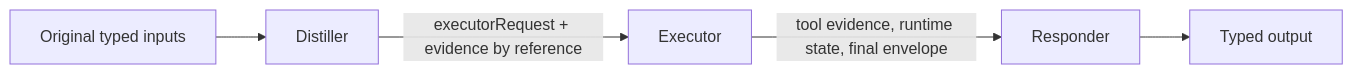
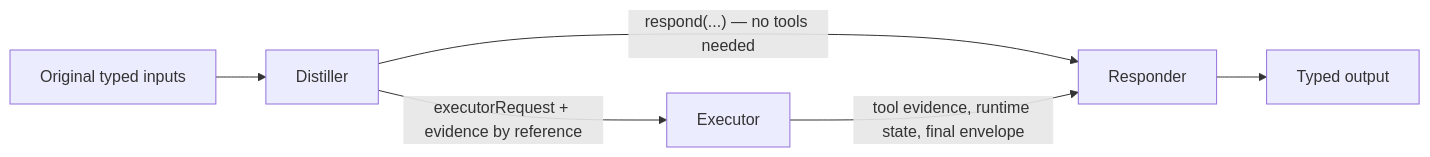
One commit to ax-llm/ax changed the diagram in website/content-src/templates/agents-overview.md. Above: the diagram before and after it, drawn with Mermaid. The commit also changed other lines of this file and 1 other file, not shown here.

````diff
--- a/website/content-src/templates/agents-overview.md
+++ b/website/content-src/templates/agents-overview.md
@@ -27,7 +27,8 @@
 ```mermaid
 flowchart LR
   A[Original typed inputs] --> B[Distiller]
   B -->|executorRequest + evidence by reference| C[Executor]
+  B -->|"respond(...) — no tools needed"| D
   C -->|tool evidence, runtime state, final envelope| D[Responder]
   D --> E[Typed output]
 ```
````
